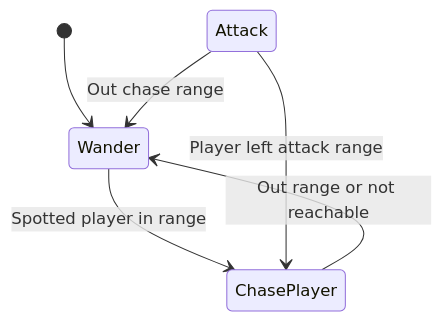
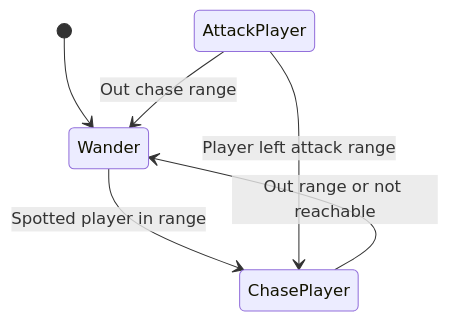
Before and after one commit to AheadAlot/CISC-486-Group-14-Project: the fifth of 5 diagrams in README.md, drawn with Mermaid.

Commit message:
Rename FSM state 'Attack' to 'AttackPlayer'

````diff
--- a/README.md
+++ b/README.md
@@ -203,8 +203,8 @@
 ```mermaid
 stateDiagram-v2
     [*] --> Wander
     Wander --> ChasePlayer : Spotted player in range
-    Attack --> ChasePlayer : Player left attack range
-    Attack --> Wander : Out chase range
+    AttackPlayer --> ChasePlayer : Player left attack range
+    AttackPlayer --> Wander : Out chase range
     ChasePlayer --> Wander : Out range or not reachable
 ```
````
